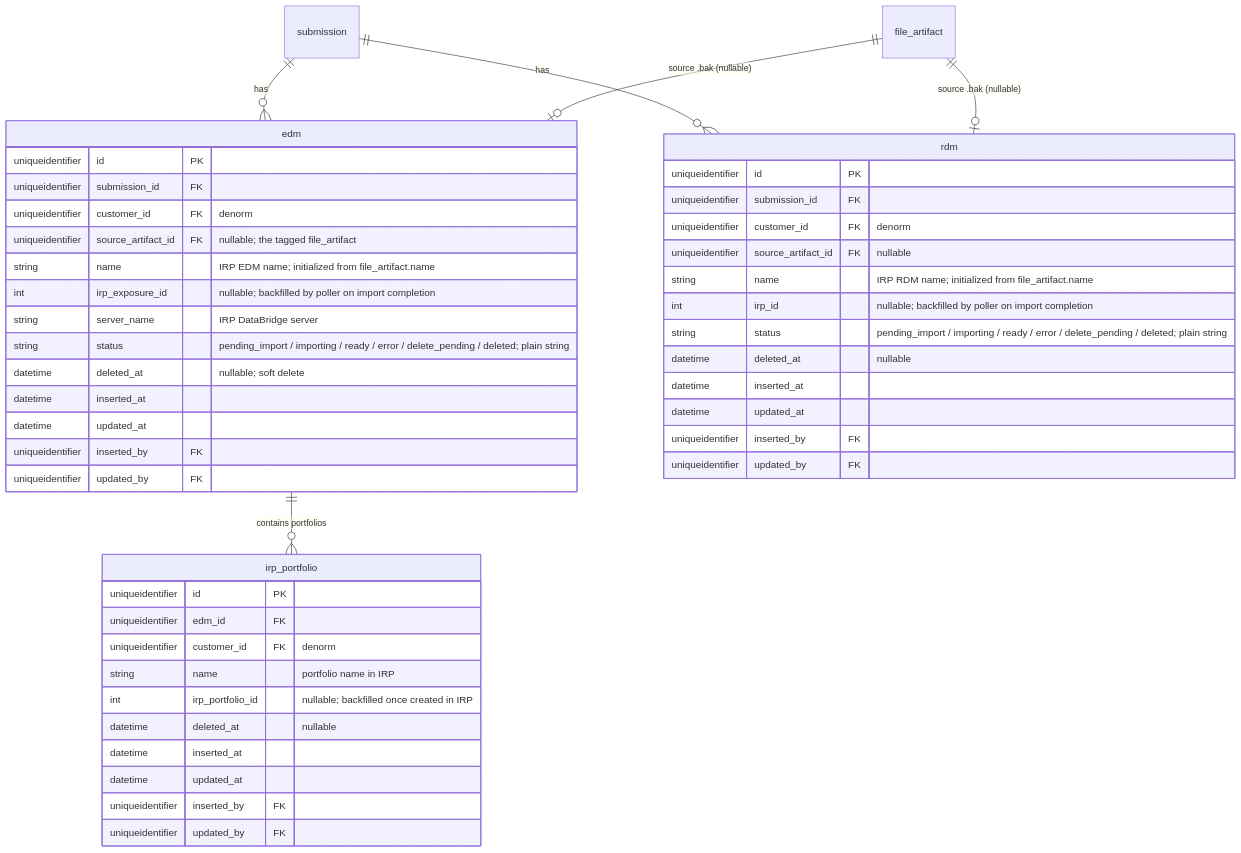
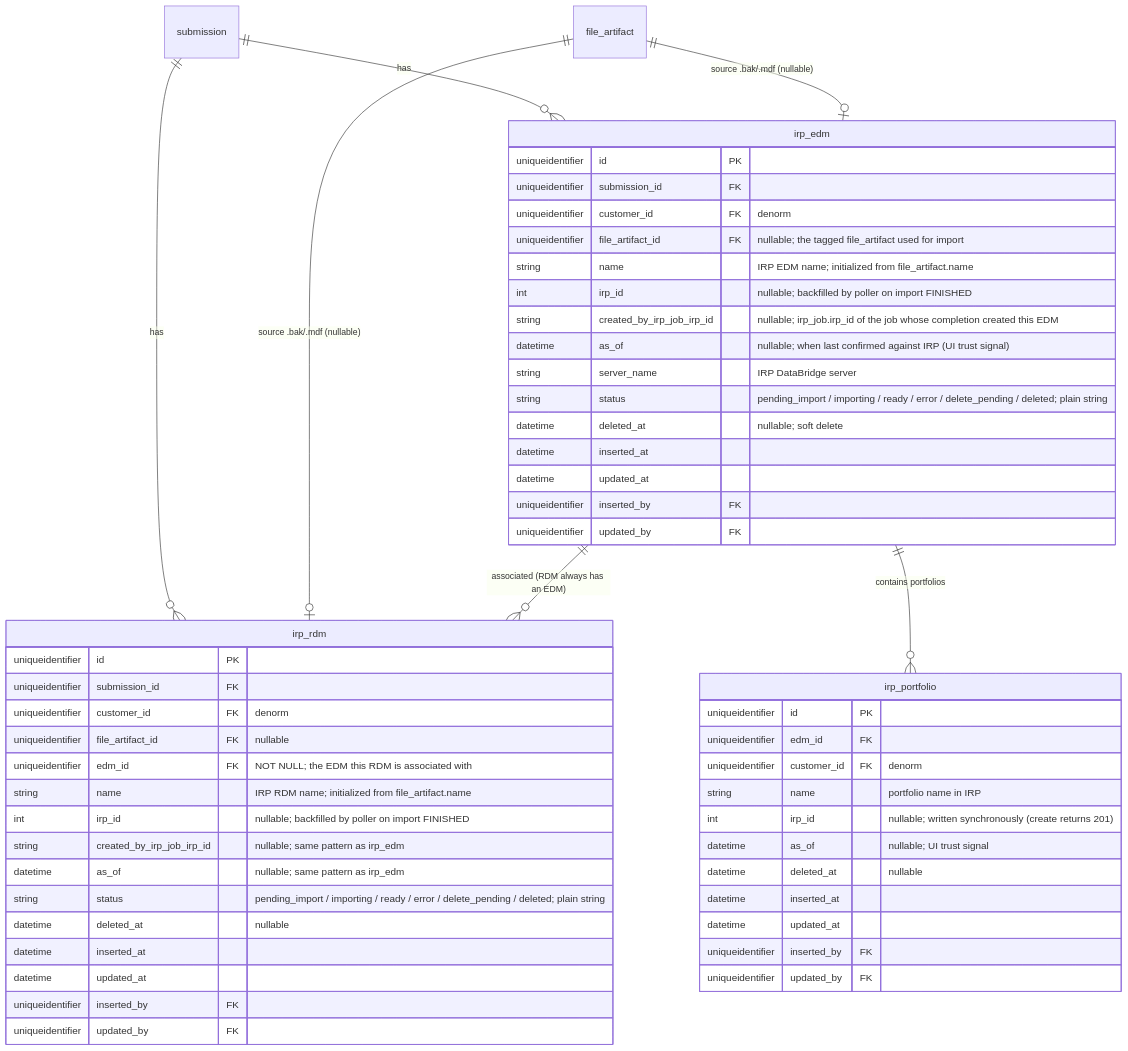
Before and after one commit to anilvenugopal/risk-workbench: the third of 11 diagrams in docs/DATA_MODEL.md, drawn with Mermaid. The commit also changed other lines of this file and 2 other files, not shown here.

````diff
--- a/docs/DATA_MODEL.md
+++ b/docs/DATA_MODEL.md
@@ -298,50 +304,57 @@
 ```mermaid
 erDiagram
-  submission ||--o{ edm : has
-  submission ||--o{ rdm : has
-  file_artifact ||--o| edm : "source .bak (nullable)"
-  file_artifact ||--o| rdm : "source .bak (nullable)"
-  edm ||--o{ irp_portfolio : "contains portfolios"
+  submission ||--o{ irp_edm : has
+  submission ||--o{ irp_rdm : has
+  file_artifact ||--o| irp_edm : "source .bak/.mdf (nullable)"
+  file_artifact ||--o| irp_rdm : "source .bak/.mdf (nullable)"
+  irp_edm ||--o{ irp_rdm : "associated (RDM always has an EDM)"
+  irp_edm ||--o{ irp_portfolio : "contains portfolios"
 
-  edm {
+  irp_edm {
     uniqueidentifier id PK
     uniqueidentifier submission_id FK
     uniqueidentifier customer_id FK "denorm"
-    uniqueidentifier source_artifact_id FK "nullable; the tagged file_artifact"
+    uniqueidentifier file_artifact_id FK "nullable; the tagged file_artifact used for import"
     string name "IRP EDM name; initialized from file_artifact.name"
-    int irp_exposure_id "nullable; backfilled by poller on import completion"
+    int irp_id "nullable; backfilled by poller on import FINISHED"
+    string created_by_irp_job_irp_id "nullable; irp_job.irp_id of the job whose completion created this EDM"
+    datetime as_of "nullable; when last confirmed against IRP (UI trust signal)"
     string server_name "IRP DataBridge server"
     string status "pending_import / importing / ready / error / delete_pending / deleted; plain string"
     datetime deleted_at "nullable; soft delete"
     datetime inserted_at
     datetime updated_at
     uniqueidentifier inserted_by FK
     uniqueidentifier updated_by FK
   }
-  rdm {
+  irp_rdm {
     uniqueidentifier id PK
     uniqueidentifier submission_id FK
     uniqueidentifier customer_id FK "denorm"
-    uniqueidentifier source_artifact_id FK "nullable"
+    uniqueidentifier file_artifact_id FK "nullable"
+    uniqueidentifier edm_id FK "NOT NULL; the EDM this RDM is associated with"
     string name "IRP RDM name; initialized from file_artifact.name"
-    int irp_id "nullable; backfilled by poller on import completion"
+    int irp_id "nullable; backfilled by poller on import FINISHED"
+    string created_by_irp_job_irp_id "nullable; same pattern as irp_edm"
+    datetime as_of "nullable; same pattern as irp_edm"
     string status "pending_import / importing / ready / error / delete_pending / deleted; plain string"
     datetime deleted_at "nullable"
     datetime inserted_at
     datetime updated_at
     uniqueidentifier inserted_by FK
     uniqueidentifier updated_by FK
   }
   irp_portfolio {
     uniqueidentifier id PK
     uniqueidentifier edm_id FK
     uniqueidentifier customer_id FK "denorm"
     string name "portfolio name in IRP"
-    int irp_portfolio_id "nullable; backfilled once created in IRP"
+    int irp_id "nullable; written synchronously (create returns 201)"
+    datetime as_of "nullable; UI trust signal"
     datetime deleted_at "nullable"
     datetime inserted_at
     datetime updated_at
     uniqueidentifier inserted_by FK
     uniqueidentifier updated_by FK
   }
 ```
````
